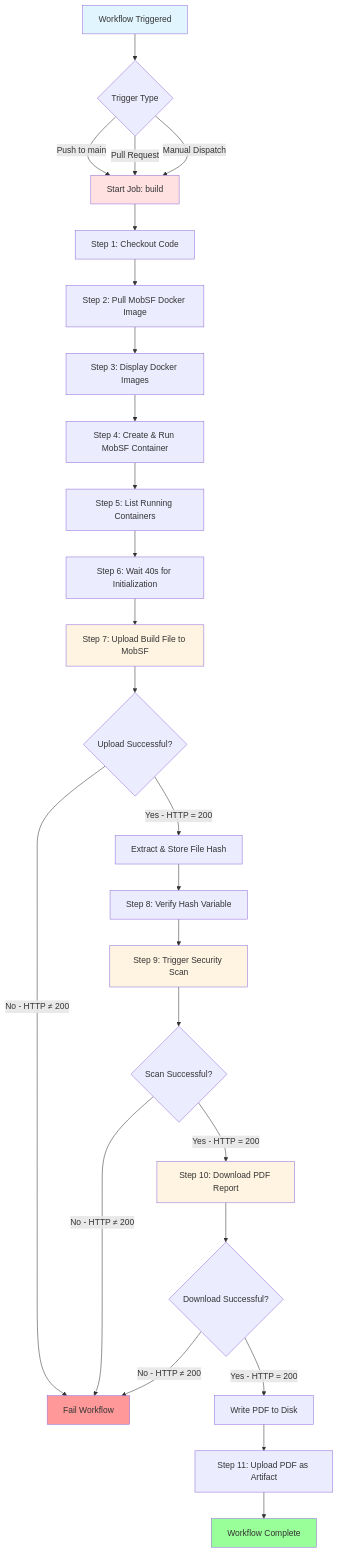
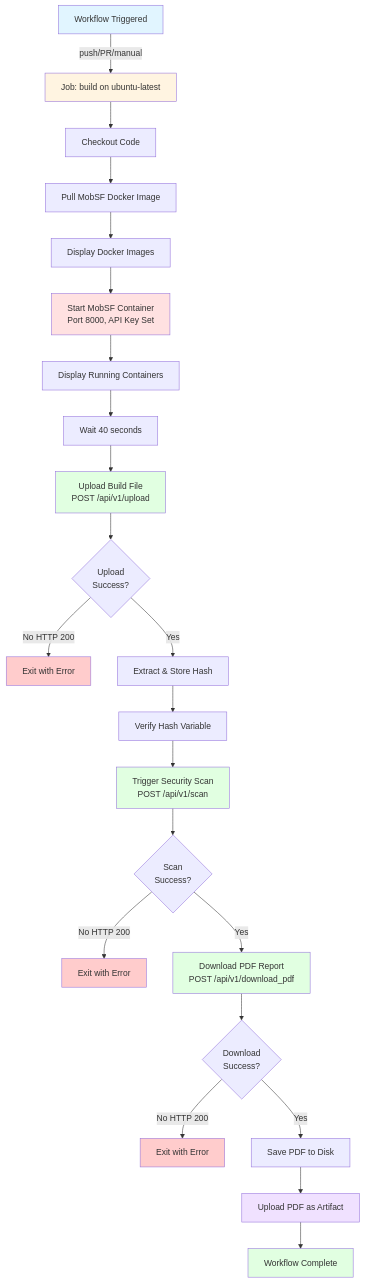
The diagram in docs/workflows/scan-build-mobsf.md (vinijmoura/yml-generate-documentation), drawn with Mermaid before and after one commit. The commit also changed other lines of this file, not shown here.

Commit message:
docs: Refresh workflow documentation

````diff
--- a/docs/workflows/scan-build-mobsf.md
+++ b/docs/workflows/scan-build-mobsf.md
@@ -130,41 +79,36 @@
    ```mermaid
-   flowchart TD
-       A[Workflow Triggered] --> B{Trigger Type}
-       B -->|Push to main| C[Start Job: build]
-       B -->|Pull Request| C
-       B -->|Manual Dispatch| C
-
-       C --> D[Step 1: Checkout Code]
-       D --> E[Step 2: Pull MobSF Docker Image]
-       E --> F[Step 3: Display Docker Images]
-       F --> G[Step 4: Create & Run MobSF Container]
-       G --> H[Step 5: List Running Containers]
-       H --> I[Step 6: Wait 40s for Initialization]
-       I --> J[Step 7: Upload Build File to MobSF]
-
-       J --> K{Upload Successful?}
-       K -->|No - HTTP ≠ 200| L[Fail Workflow]
-       K -->|Yes - HTTP = 200| M[Extract & Store File Hash]
-
-       M --> N[Step 8: Verify Hash Variable]
-       N --> O[Step 9: Trigger Security Scan]
-
-       O --> P{Scan Successful?}
-       P -->|No - HTTP ≠ 200| L
-       P -->|Yes - HTTP = 200| Q[Step 10: Download PDF Report]
-
-       Q --> R{Download Successful?}
-       R -->|No - HTTP ≠ 200| L
-       R -->|Yes - HTTP = 200| S[Write PDF to Disk]
-
-       S --> T[Step 11: Upload PDF as Artifact]
-       T --> U[Workflow Complete]
+   graph TD
+       A[Workflow Triggered] -->|push/PR/manual| B[Job: build on ubuntu-latest]
+       B --> C[Checkout Code]
+       C --> D[Pull MobSF Docker Image]
+       D --> E[Display Docker Images]
+       E --> F[Start MobSF Container<br/>Port 8000, API Key Set]
+       F --> G[Display Running Containers]
+       G --> H[Wait 40 seconds]
+       H --> I[Upload Build File<br/>POST /api/v1/upload]
+       I --> J{Upload<br/>Success?}
+       J -->|No HTTP 200| K[Exit with Error]
+       J -->|Yes| L[Extract & Store Hash]
+       L --> M[Verify Hash Variable]
+       M --> N[Trigger Security Scan<br/>POST /api/v1/scan]
+       N --> O{Scan<br/>Success?}
+       O -->|No HTTP 200| P[Exit with Error]
+       O -->|Yes| Q[Download PDF Report<br/>POST /api/v1/download_pdf]
+       Q --> R{Download<br/>Success?}
+       R -->|No HTTP 200| S[Exit with Error]
+       R -->|Yes| T[Save PDF to Disk]
+       T --> U[Upload PDF as Artifact]
+       U --> V[Workflow Complete]
 
        style A fill:#e1f5ff
-       style C fill:#ffe1e1
-       style L fill:#ff9999
-       style U fill:#99ff99
-       style J fill:#fff4e1
-       style O fill:#fff4e1
-       style Q fill:#fff4e1
+       style B fill:#fff4e1
+       style F fill:#ffe1e1
+       style I fill:#e1ffe1
+       style N fill:#e1ffe1
+       style Q fill:#e1ffe1
+       style U fill:#f0e1ff
+       style V fill:#e1ffe1
+       style K fill:#ffcccc
+       style P fill:#ffcccc
+       style S fill:#ffcccc
    ```
````
